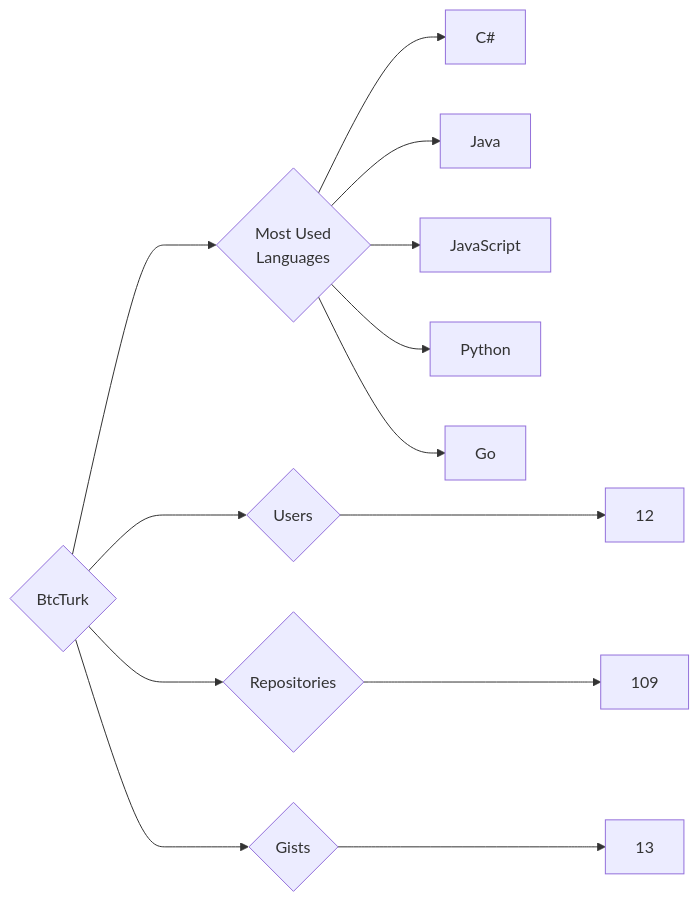
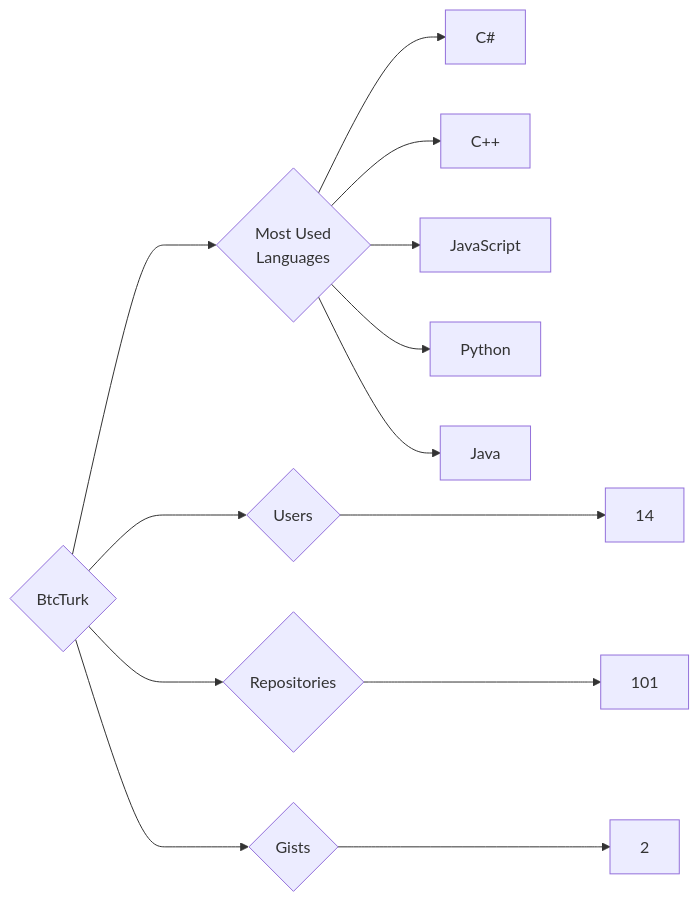
One commit to trickest/insiders changed the diagram in targets/BtcTurk/README.md. Above: the diagram before and after it, drawn with Mermaid. The commit also changed 823 other files, not shown here.

````diff
--- a/targets/BtcTurk/README.md
+++ b/targets/BtcTurk/README.md
@@ -3,13 +3,13 @@
 ```mermaid
 graph LR
 COMPANY_NAME{BtcTurk}
-COMPANY_NAME ---> U{Users} ---> UN[12]
-COMPANY_NAME ---> R{Repositories} ---> RN[109]
-COMPANY_NAME ---> G{Gists} ---> GN[13]
+COMPANY_NAME ---> U{Users} ---> UN[14]
+COMPANY_NAME ---> R{Repositories} ---> RN[101]
+COMPANY_NAME ---> G{Gists} ---> GN[2]
 COMPANY_NAME ---> ML{Most Used<br>Languages}
 ML --> C#[C#]
-ML --> Java[Java]
+ML --> C++[C++]
 ML --> JavaScript[JavaScript]
 ML --> Python[Python]
-ML --> Go[Go]
+ML --> Java[Java]
 ```
````
